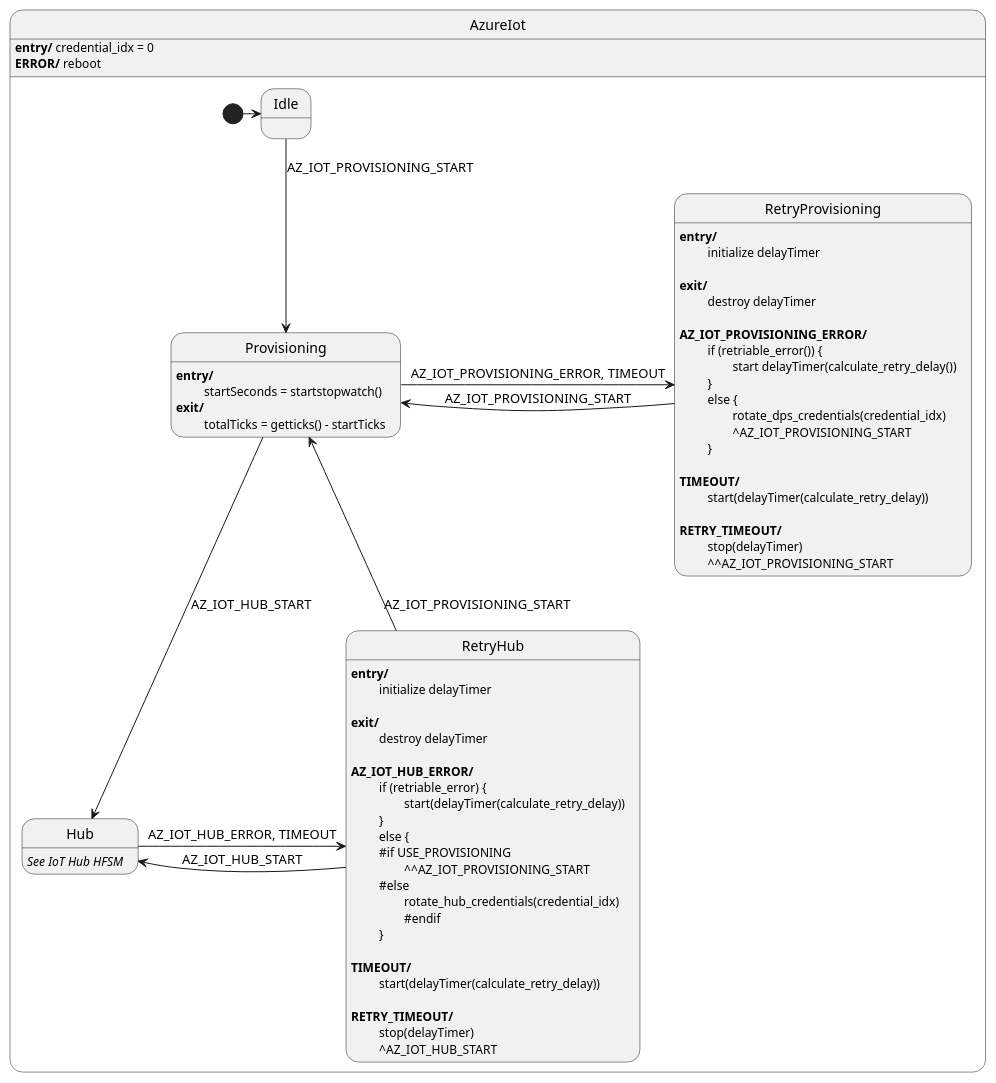
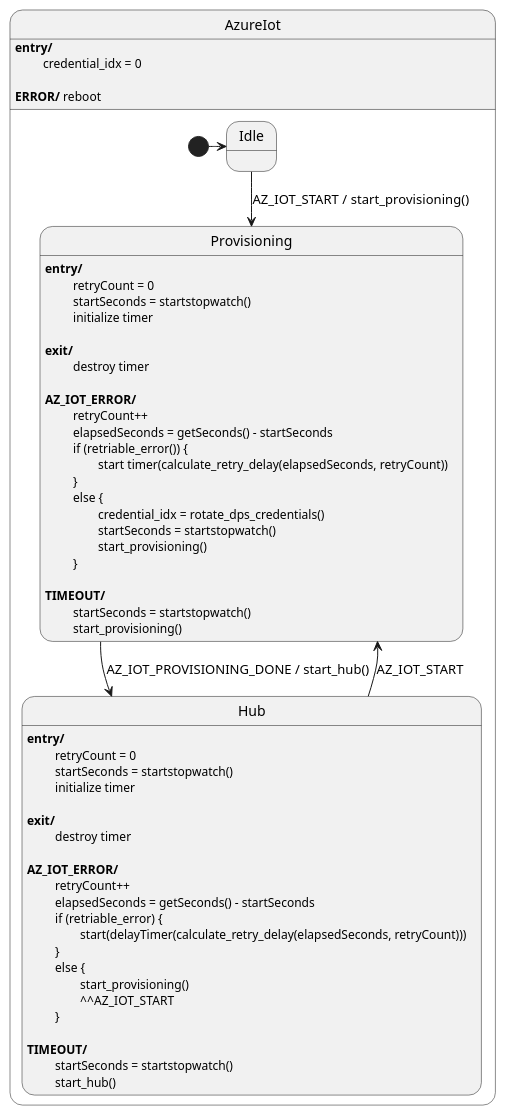
One commit to Azure-Samples/iot-middleware-freertos-samples changed the diagram in demos/common/hfsm/doc/iot_hfsm.puml. Above: the diagram before and after it, drawn with PlantUML. The commit also changed 4 other files, not shown here.

```diff
--- a/demos/common/hfsm/doc/iot_hfsm.puml
+++ b/demos/common/hfsm/doc/iot_hfsm.puml
@@ -1,78 +1,67 @@
-@startuml
+@startuml Azure IoT HFSM
 
 state AzureIot {
     state Idle
     
     state Provisioning
     Provisioning: <b>entry/</b>
-    Provisioning: \t startSeconds = startstopwatch()
-    Provisioning: <b>exit/</b>
-    Provisioning: \t totalTicks = getticks() - startTicks
-
-    state RetryProvisioning
-    RetryProvisioning : <b>entry/</b>
-    RetryProvisioning : \t initialize delayTimer
-    RetryProvisioning : 
-    RetryProvisioning : <b>exit/</b>
-    RetryProvisioning : \t destroy delayTimer
-    RetryProvisioning : 
-    RetryProvisioning : <b>AZ_IOT_PROVISIONING_ERROR/</b>
-    RetryProvisioning : \t if (retriable_error()) {
-    RetryProvisioning : \t\t start delayTimer(calculate_retry_delay())
-    RetryProvisioning : \t }
-    RetryProvisioning : \t else {
-    RetryProvisioning : \t\t rotate_dps_credentials(credential_idx)
-    RetryProvisioning : \t\t ^AZ_IOT_PROVISIONING_START
-    RetryProvisioning : \t }
-    RetryProvisioning :
-    RetryProvisioning : <b>TIMEOUT/</b>
-    RetryProvisioning : \t start(delayTimer(calculate_retry_delay))
-    RetryProvisioning :
-    RetryProvisioning : <b>RETRY_TIMEOUT/</b>
-    RetryProvisioning : \t stop(delayTimer)
-    RetryProvisioning : \t ^^AZ_IOT_PROVISIONING_START
+    Provisioning : \t retryCount = 0
+    Provisioning : \t startSeconds = startstopwatch()
+    Provisioning : \t initialize timer
+    Provisioning :
+    Provisioning : <b>exit/</b>
+    Provisioning : \t destroy timer
+    Provisioning :
+    Provisioning : <b>AZ_IOT_ERROR/</b>
+    Provisioning :  \t retryCount++
+    Provisioning :  \t elapsedSeconds = getSeconds() - startSeconds
+    Provisioning : \t if (retriable_error()) {
+    Provisioning : \t\t start timer(calculate_retry_delay(elapsedSeconds, retryCount))
+    Provisioning : \t }
+    Provisioning : \t else {
+    Provisioning : \t\t credential_idx = rotate_dps_credentials()
+    Provisioning:  \t\t startSeconds = startstopwatch()
+    Provisioning : \t\t start_provisioning()
+    Provisioning : \t }
+    Provisioning :
+    Provisioning : <b>TIMEOUT/</b>
+    Provisioning :  \t startSeconds = startstopwatch()
+    Provisioning : \t start_provisioning()
 
     state Hub
-    Hub: <i>See IoT Hub HFSM</i>
+    Hub : <b>entry/</b>
+    Hub : \t retryCount = 0
+    Hub : \t startSeconds = startstopwatch()
+    Hub : \t initialize timer
+    Hub :
+    Hub : <b>exit/</b>
+    Hub : \t destroy timer
+    Hub : 
+    Hub : <b>AZ_IOT_ERROR/</b>
+    Hub : \t retryCount++
+    Hub : \t elapsedSeconds = getSeconds() - startSeconds
+    Hub : \t if (retriable_error) {
+    Hub : \t\t start(delayTimer(calculate_retry_delay(elapsedSeconds, retryCount)))
+    Hub : \t }
+    Hub : \t else {
+    Hub : \t\t start_provisioning()
+    Hub : \t\t ^^AZ_IOT_START
+    Hub : \t }
+    Hub :
+    Hub : <b>TIMEOUT/</b>
+    Hub : \t startSeconds = startstopwatch()
+    Hub : \t start_hub()
+    
+    [*] -> Idle
+    Idle --> Provisioning : AZ_IOT_START / start_provisioning()
+    Provisioning --> Hub : AZ_IOT_PROVISIONING_DONE / start_hub()
 
-    state RetryHub
-    RetryHub : <b>entry/</b>
-    RetryHub : \t initialize delayTimer
-    RetryHub : 
-    RetryHub : <b>exit/</b>
-    RetryHub : \t destroy delayTimer
-    RetryHub : 
-    RetryHub : <b>AZ_IOT_HUB_ERROR/</b>
-    RetryHub : \t if (retriable_error) {
-    RetryHub : \t\t start(delayTimer(calculate_retry_delay))
-    RetryHub : \t }
-    RetryHub : \t else {
-    RetryHub : \t #if USE_PROVISIONING
-    RetryHub : \t\t ^^AZ_IOT_PROVISIONING_START
-    RetryHub : \t #else
-    RetryHub : \t\t rotate_hub_credentials(credential_idx)
-    RetryHub : \t\t #endif
-    RetryHub : \t }
-    RetryHub :
-    RetryHub : <b>TIMEOUT/</b>
-    RetryHub : \t start(delayTimer(calculate_retry_delay))
-    RetryHub :
-    RetryHub : <b>RETRY_TIMEOUT/</b>
-    RetryHub : \t stop(delayTimer)
-    RetryHub : \t ^AZ_IOT_HUB_START
-
-    [*] -> Idle
-    Idle --> Provisioning : AZ_IOT_PROVISIONING_START
-    Provisioning --> Hub : AZ_IOT_HUB_START
-    Provisioning -> RetryProvisioning : AZ_IOT_PROVISIONING_ERROR, TIMEOUT
-
-    RetryProvisioning -> Provisioning : AZ_IOT_PROVISIONING_START
-    Hub -> RetryHub : AZ_IOT_HUB_ERROR, TIMEOUT
-    RetryHub -> Hub : AZ_IOT_HUB_START
-    RetryHub -> Provisioning : AZ_IOT_PROVISIONING_START
+    Hub -> Provisioning : AZ_IOT_START
 }
 
-AzureIot : <b>entry/</b> credential_idx = 0
+AzureIot : <b>entry/</b> 
+AzureIot : \t credential_idx = 0
+AzureIot :
 AzureIot : <b>ERROR/</b> reboot
 
 @enduml
```
